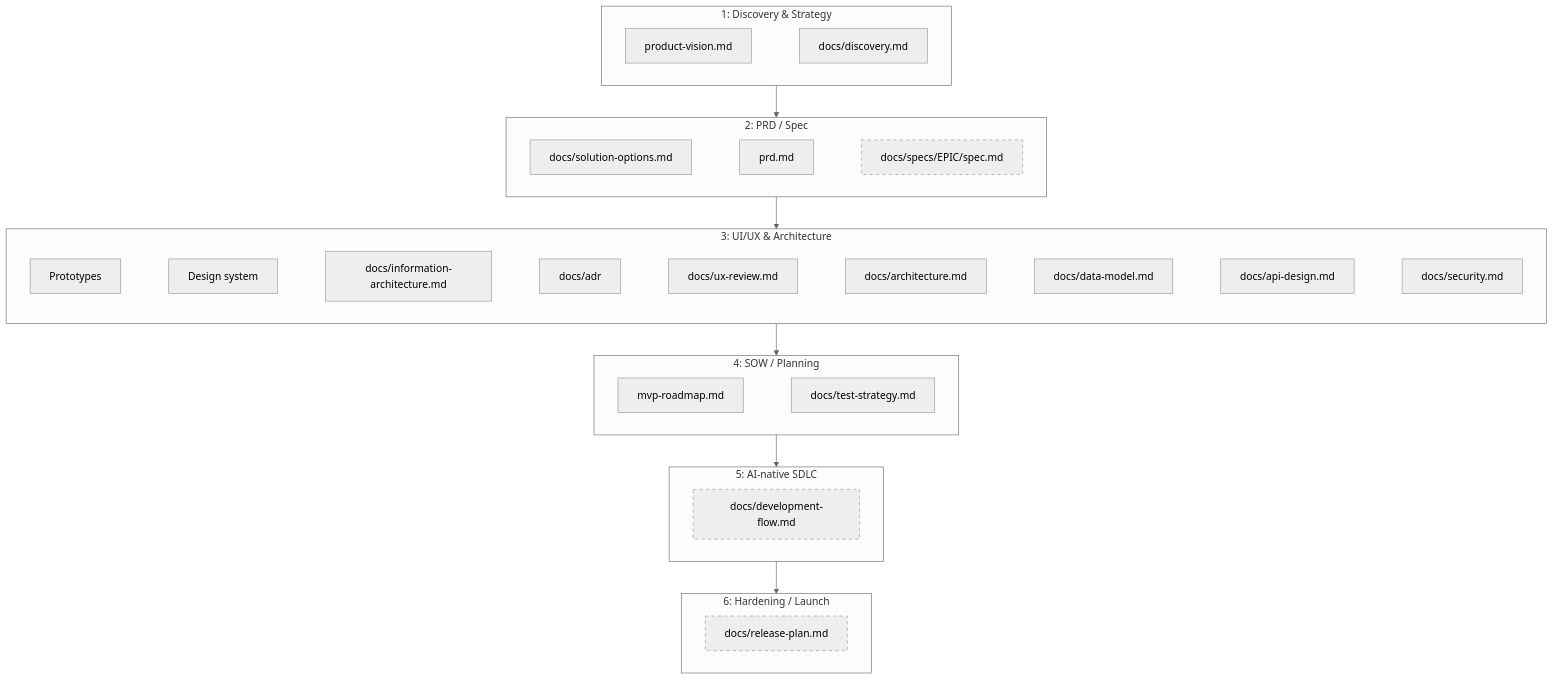
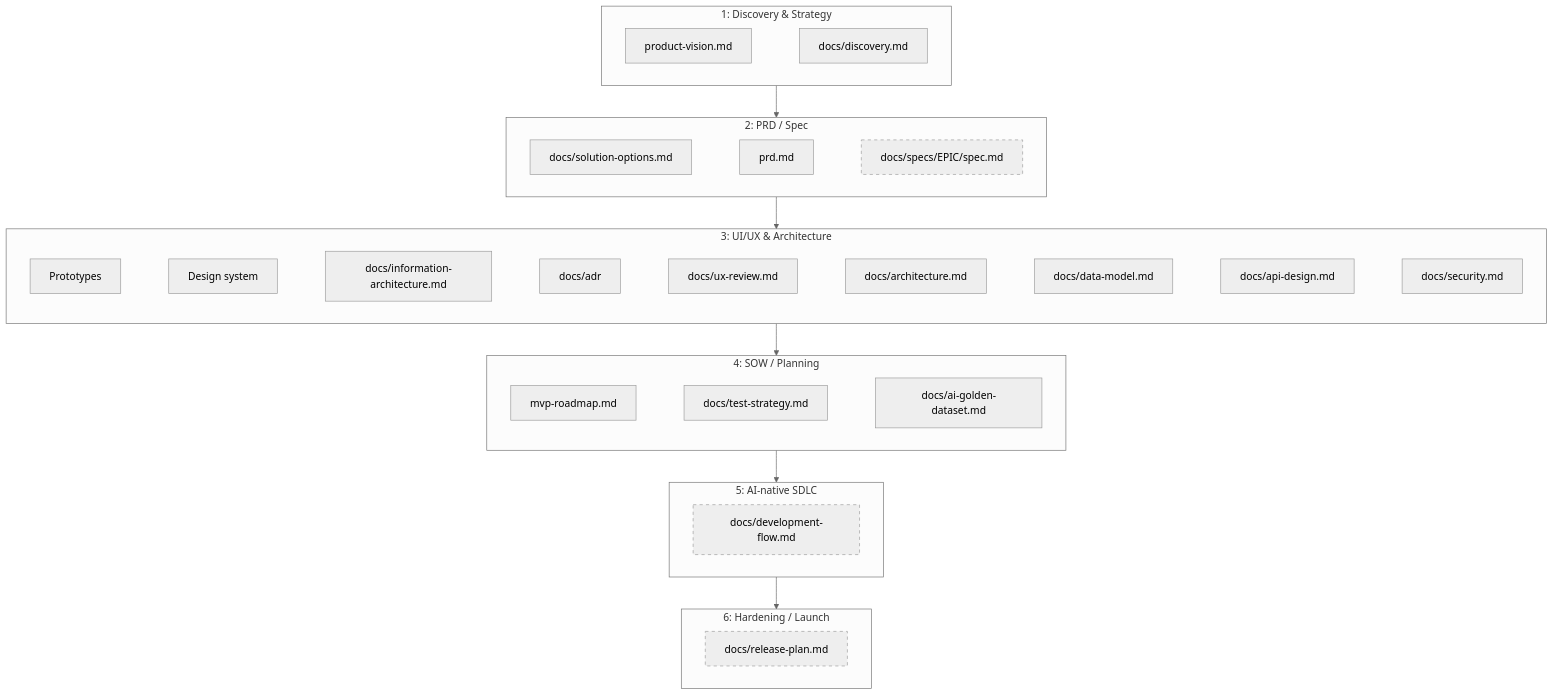
One commit to huynguyennang-agilityio/tripmate-docs changed the diagram in README.md. Above: the diagram before and after it, drawn with Mermaid (neutral theme). The commit also changed other lines of this file and 4 other files, not shown here.

First line of the commit message:
Split the golden dataset into docs/ai-golden-dataset.md; end-to-end automation on Web only in the MVP

````diff
--- a/README.md
+++ b/README.md
@@ -42,29 +43,29 @@
 ```mermaid
 flowchart TB
     subgraph S1["1: Discovery & Strategy"]
         direction LR
         vision["product-vision.md"] ~~~ discovery["docs/discovery.md"]
     end
     subgraph S2["2: PRD / Spec"]
         direction LR
         options["docs/solution-options.md"] ~~~ prd["prd.md"] ~~~ specs["docs/specs/EPIC/spec.md"]:::planned
     end
     subgraph S3["3: UI/UX & Architecture"]
         direction LR
         proto["Prototypes"] ~~~ ds["Design system"] ~~~ ia["docs/information-architecture.md"] ~~~ adr["docs/adr"] ~~~ ux["docs/ux-review.md"] ~~~ arch["docs/architecture.md"] ~~~ dm["docs/data-model.md"] ~~~ api["docs/api-design.md"] ~~~ sec["docs/security.md"]
     end
     subgraph S4["4: SOW / Planning"]
         direction LR
-        roadmap["mvp-roadmap.md"] ~~~ test["docs/test-strategy.md"]
+        roadmap["mvp-roadmap.md"] ~~~ test["docs/test-strategy.md"] ~~~ gold["docs/ai-golden-dataset.md"]
     end
     subgraph S5["5: AI-native SDLC"]
         direction LR
         dev["docs/development-flow.md"]:::planned
     end
     subgraph S6["6: Hardening / Launch"]
         direction LR
         rel["docs/release-plan.md"]:::planned
     end
     S1 --> S2 --> S3 --> S4 --> S5 --> S6
     classDef planned stroke-dasharray: 5 5
 ```
````
